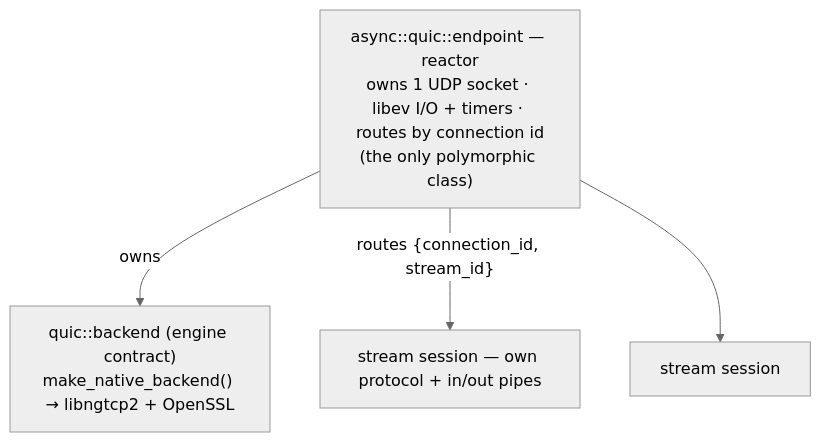
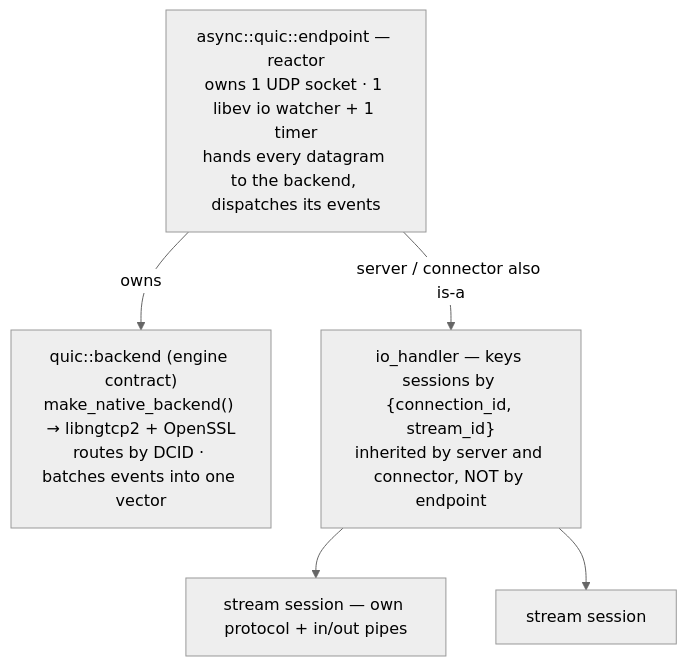
The diagram in readme/3_qb_io/quic_transport.md (isndev/qb), drawn with Mermaid (neutral theme) before and after one commit. The commit also changed other lines of this file and 11 other files, not shown here.

````diff
--- a/readme/3_qb_io/quic_transport.md
+++ b/readme/3_qb_io/quic_transport.md
@@ -61,7 +66,9 @@
 ```mermaid
 flowchart TB
-    EP["async::quic::endpoint — reactor<br/>owns 1 UDP socket · libev I/O + timers · routes by connection id<br/>(the only polymorphic class)"]
-    EP -- owns --> BE["quic::backend (engine contract)<br/>make_native_backend() → libngtcp2 + OpenSSL"]
-    EP -- "routes {connection_id, stream_id}" --> S1["stream session — own protocol + in/out pipes"]
-    EP --> S2["stream session"]
+    EP["async::quic::endpoint — reactor<br/>owns 1 UDP socket · 1 libev io watcher + 1 timer<br/>hands every datagram to the backend, dispatches its events"]
+    EP -- owns --> BE["quic::backend (engine contract)<br/>make_native_backend() → libngtcp2 + OpenSSL<br/>routes by DCID · batches events into one vector"]
+    IOH["io_handler — keys sessions by {connection_id, stream_id}<br/>inherited by server and connector, NOT by endpoint"]
+    EP -- "server / connector also is-a" --> IOH
+    IOH --> S1["stream session — own protocol + in/out pipes"]
+    IOH --> S2["stream session"]
 ```
````
